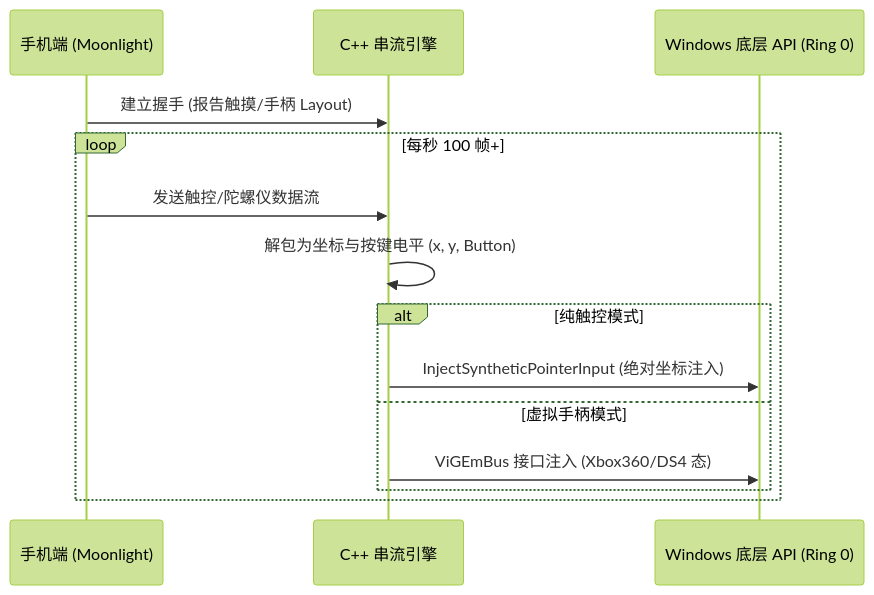
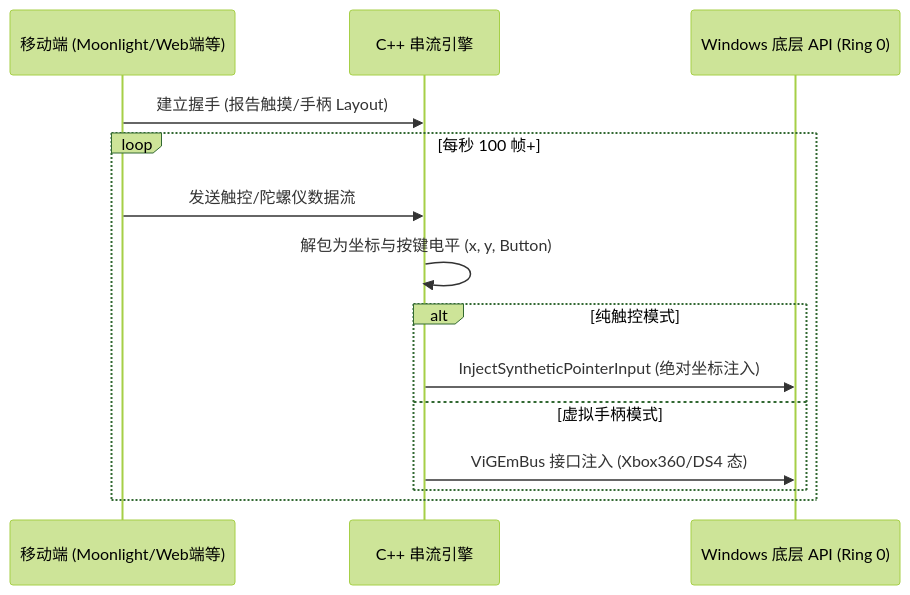
One commit to Roxy-DD/galremote changed the second of 5 diagrams in thesis/chapter4/system_design.md. Above: the diagram before and after it, drawn with Mermaid (forest theme). The commit also changed 1 other file, not shown here.

Commit message:
docs(thesis): update terminology to 'mobile client' avoiding specific device names

````diff
--- a/thesis/chapter4/system_design.md
+++ b/thesis/chapter4/system_design.md
@@ -73,17 +73,17 @@
 ```mermaid
 sequenceDiagram
-    participant Mobile as 手机端 (Moonlight)
+    participant Client as 移动端 (Moonlight/Web端等)
     participant Cpp as C++ 串流引擎
     participant WinAPI as Windows 底层 API (Ring 0)
     
-    Mobile->>Cpp: 建立握手 (报告触摸/手柄 Layout)
+    Client->>Cpp: 建立握手 (报告触摸/手柄 Layout)
     loop 每秒 100 帧+
-        Mobile->>Cpp: 发送触控/陀螺仪数据流
+        Client->>Cpp: 发送触控/陀螺仪数据流
         Cpp->>Cpp: 解包为坐标与按键电平 (x, y, Button)
         alt 纯触控模式
             Cpp->>WinAPI: InjectSyntheticPointerInput (绝对坐标注入)
         else 虚拟手柄模式
             Cpp->>WinAPI: ViGEmBus 接口注入 (Xbox360/DS4 态)
         end
     end
 ```
````
